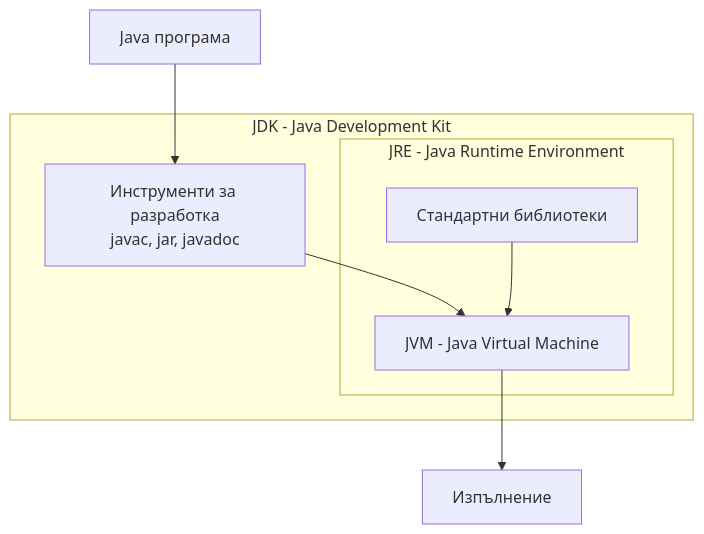
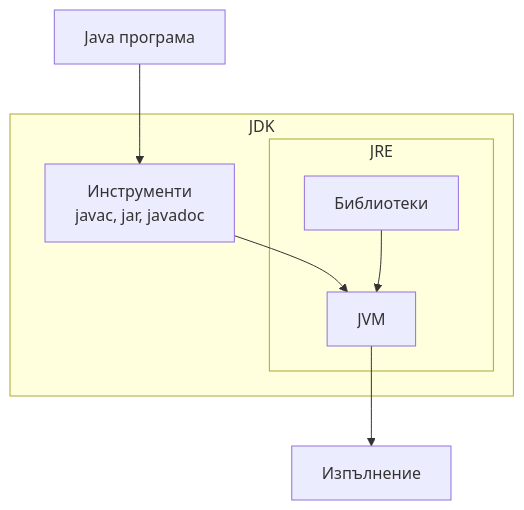
Before and after one commit to programmingfundamental/courses: the third of 3 diagrams in docs/BEO/obektno-orientirano-programirane-1-chast/laboratorno-uprazhnenie-01/osnovi-na-programiraneto-s-java-za-nachinaeshi/01-osnovi-java.md, drawn with Mermaid. The commit also changed other lines of this file and 4 other files, not shown here.

Commit message:
update diagrams

````diff
--- a/docs/BEO/obektno-orientirano-programirane-1-chast/laboratorno-uprazhnenie-01/osnovi-na-programiraneto-s-java-za-nachinaeshi/01-osnovi-java.md
+++ b/docs/BEO/obektno-orientirano-programirane-1-chast/laboratorno-uprazhnenie-01/osnovi-na-programiraneto-s-java-za-nachinaeshi/01-osnovi-java.md
@@ -97,15 +93,15 @@
 ```mermaid
 flowchart TD
-    subgraph JDK["JDK - Java Development Kit"]
-        Tools["Инструменти за разработка<br/>javac, jar, javadoc"]
-        subgraph JRE["JRE - Java Runtime Environment"]
-            Libraries["Стандартни библиотеки"]
-            JVM["JVM - Java Virtual Machine"]
+    subgraph JDK["JDK"]
+        Tools["Инструменти<br/>javac, jar, javadoc"]
+        subgraph JRE["JRE"]
+            Libraries["Библиотеки"]
+            JVM["JVM"]
         end
     end
 
     Source["Java програма"] --> Tools
     Tools --> JVM
     Libraries --> JVM
     JVM --> Runtime["Изпълнение"]
 ```
````
